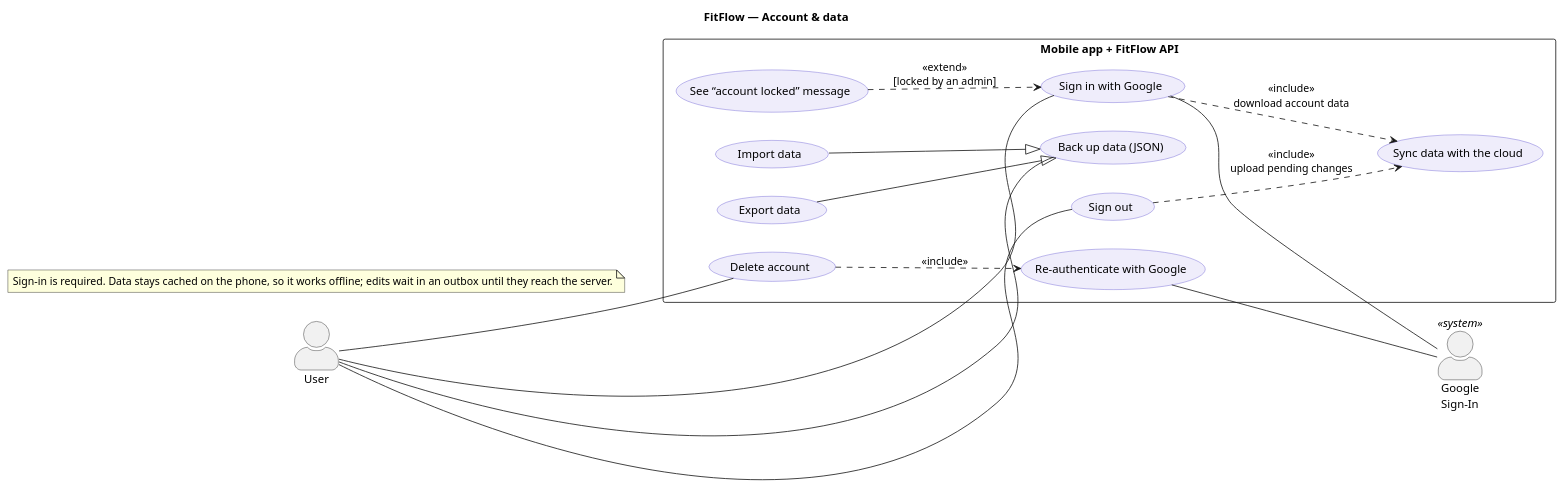
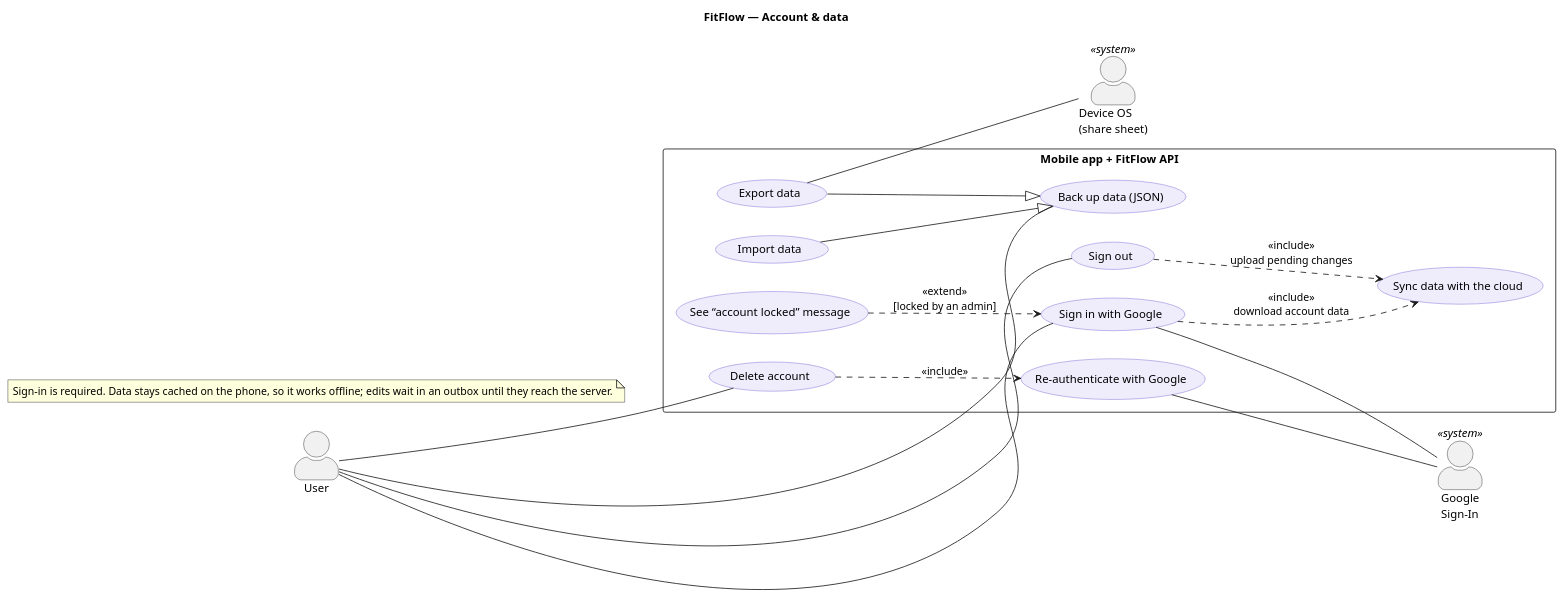
One commit to PRM-393-G5/fitflow changed the second of 7 diagrams in docs/usecase.puml. Above: the diagram before and after it, drawn with PlantUML. The commit also changed other lines of this file and 10 other files, not shown here.

```diff
--- a/docs/usecase.puml
+++ b/docs/usecase.puml
@@ -57,38 +59,40 @@
 @startuml fitflow-usecase-account-data
 title FitFlow — Account & data
 left to right direction
 skinparam packageStyle rectangle
 skinparam actorStyle awesome
 skinparam usecase {
   BackgroundColor #EFEDFB
   BorderColor #6558D3
 }
 actor "User" as user
 actor "Google\nSign-In" as google <<system>>
+actor "Device OS\n(share sheet)" as os <<system>>
 rectangle "Mobile app + FitFlow API" {
   usecase "Sign in with Google" as s1
   usecase "Sign out" as s2
   usecase "Delete account" as s3
   usecase "Back up data (JSON)" as s4
   usecase "See “account locked” message" as s7
   usecase "Sync data with the cloud" as s5
   usecase "Re-authenticate with Google" as s6
   usecase "Export data" as s8
   usecase "Import data" as s9
 }
 user -- s1
 user -- s2
 user -- s3
 user -- s4
 s1 -- google
 s6 -- google
 s1 ..> s5 : <<include>>\ndownload account data
 s2 ..> s5 : <<include>>\nupload pending changes
 s3 ..> s6 : <<include>>
 s7 ..> s1 : <<extend>>\n[locked by an admin]
 s8 --|> s4
 s9 --|> s4
+s8 -- os
 note as n1
   Sign-in is required. Data stays cached on the phone, so it works offline; edits wait in an outbox until they reach the server.
 end note
 @enduml
```
